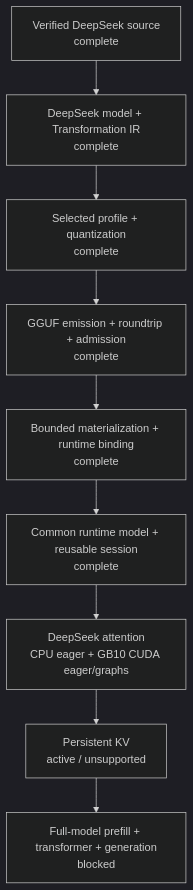
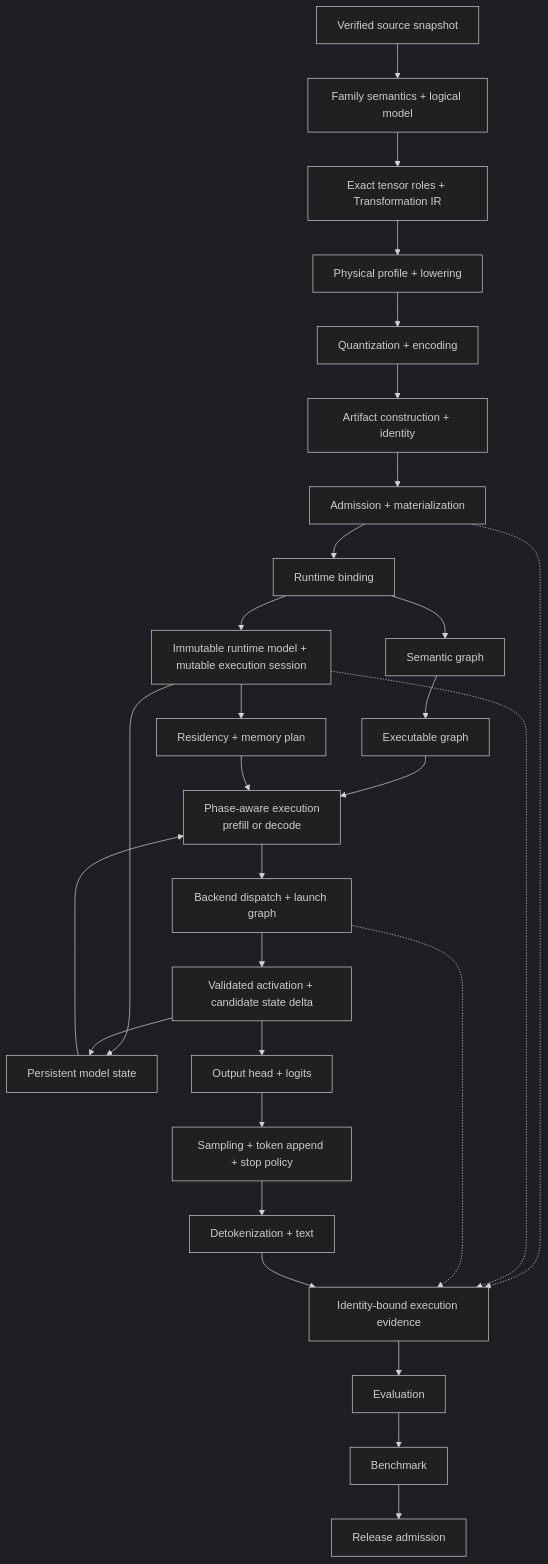
The diagram in README.md (yailabs/yvex), drawn with Mermaid (dark theme) before and after one commit. The commit also changed other lines of this file and 1 other file, not shown here.

Commit message:
docs(readme): define YVEX system architecture

````diff
--- a/README.md
+++ b/README.md
@@ -65,11 +59,31 @@
 ```mermaid
 flowchart TD
-    S["Verified DeepSeek source<br/>complete"] --> M["DeepSeek model + Transformation IR<br/>complete"]
-    M --> Q["Selected profile + quantization<br/>complete"]
-    Q --> G["GGUF emission + roundtrip + admission<br/>complete"]
-    G --> R["Bounded materialization + runtime binding<br/>complete"]
-    R --> U["Common runtime model + reusable session<br/>complete"]
-    U --> A["DeepSeek attention<br/>CPU eager + GB10 CUDA eager/graphs"]
-    A --> K["Persistent KV<br/>active / unsupported"]
-    K --> T["Full-model prefill + transformer + generation<br/>blocked"]
+    S["Verified source snapshot"] --> L["Family semantics + logical model"]
+    L --> T["Exact tensor roles + Transformation IR"]
+    T --> P["Physical profile + lowering"]
+    P --> Q["Quantization + encoding"]
+    Q --> A["Artifact construction + identity"]
+    A --> I["Admission + materialization"]
+    I --> B["Runtime binding"]
+    B --> R["Immutable runtime model + mutable execution session"]
+    B --> SG["Semantic graph"]
+    SG --> EG["Executable graph"]
+    R --> M["Residency + memory plan"]
+    R --> K["Persistent model state"]
+    EG --> PH["Phase-aware execution<br/>prefill or decode"]
+    M --> PH
+    K --> PH
+    PH --> X["Backend dispatch + launch graph"]
+    X --> C["Validated activation + candidate state delta"]
+    C --> K
+    C --> O["Output head + logits"]
+    O --> SP["Sampling + token append + stop policy"]
+    SP --> D["Detokenization + text"]
+    I -.-> E["Identity-bound execution evidence"]
+    R -.-> E
+    X -.-> E
+    D --> E
+    E --> V["Evaluation"]
+    V --> BM["Benchmark"]
+    BM --> RA["Release admission"]
 ```
````
